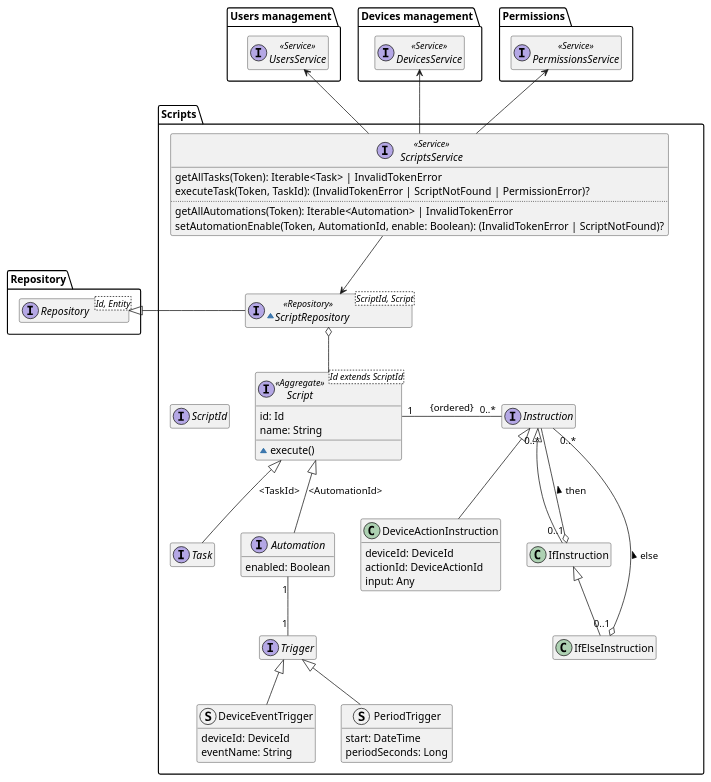
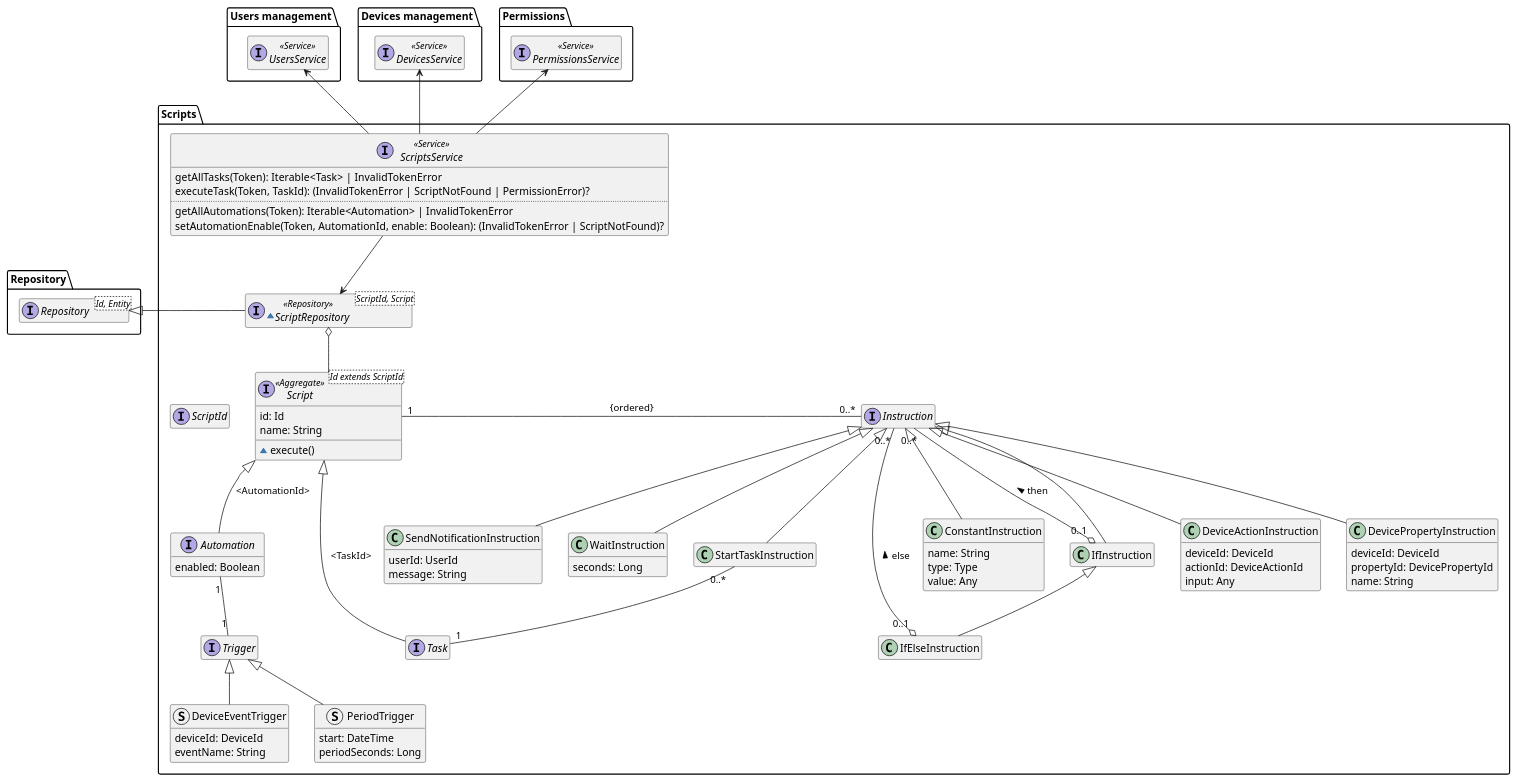
One commit to DomoticASW/.github changed the diagram in diagrams/src/scripts-domain-model.puml. Above: the diagram before and after it, drawn with PlantUML. The commit also changed 3 other files, not shown here.

```diff
--- a/diagrams/src/scripts-domain-model.puml
+++ b/diagrams/src/scripts-domain-model.puml
@@ -1,90 +1,114 @@
 @startuml scripts-domain-model
 
 hide empty members
 package Repository{
     interface Repository<Id, Entity>
 }
 
 package "Users management" as UsersManagement {
     interface UsersService <<Service>>
 }
 
 package "Devices management" as DevicesManagement {
     interface DevicesService <<Service>>
 }
 
 package Permissions {
     interface PermissionsService <<Service>>
 }
 
 package "Scripts" {
 
     interface ScriptId
 
     interface Script<Id extends ScriptId> <<Aggregate>> {
         id: Id
         name: String
         ~execute()
     }
 
     interface Task
     interface Automation {
         enabled: Boolean
     }
 
     interface Trigger
 
     struct DeviceEventTrigger extends Trigger {
         deviceId: DeviceId
         eventName: String
     }
 
     struct PeriodTrigger extends Trigger {
         start: DateTime
         periodSeconds: Long
     }
 
     interface Instruction {
     }
 
     class DeviceActionInstruction extends Instruction {
         deviceId: DeviceId
         actionId: DeviceActionId
         input: Any
     }
 
+    class DevicePropertyInstruction extends Instruction {
+        deviceId: DeviceId
+        propertyId: DevicePropertyId
+        name: String
+    }
+
     class IfInstruction extends Instruction {
         ' TODO: condition
     }
 
     class IfElseInstruction extends IfInstruction {
         ' TODO: condition
+    }
+
+    class SendNotificationInstruction extends Instruction {
+        userId: UserId
+        message: String
+    }
+
+    class WaitInstruction extends Instruction {
+        seconds: Long
+    }
+
+    class StartTaskInstruction extends Instruction
+
+    class ConstantInstruction extends Instruction {
+        name: String
+        type: Type
+        value: Any
     }
 
     ~interface ScriptRepository<ScriptId, Script> <<Repository>> {
     }
     ScriptRepository -l-|> Repository.Repository
     ScriptRepository o-- Script
 
     interface ScriptsService <<Service>> {
         getAllTasks(Token): Iterable<Task> | InvalidTokenError
         executeTask(Token, TaskId): (InvalidTokenError | ScriptNotFound | PermissionError)?
         ..
         getAllAutomations(Token): Iterable<Automation> | InvalidTokenError
         setAutomationEnable(Token, AutomationId, enable: Boolean): (InvalidTokenError | ScriptNotFound)?
     }
 
     Script -l[hidden] ScriptId
     Script <|-- Task : "<TaskId>"
     Script <|-- Automation : "<AutomationId>"
     Automation "1" -- "1" Trigger
     Script "1" -r- "0..*" Instruction : "{ordered}"
     IfInstruction "0..1" o-- "0..*" Instruction : "then >"
     IfElseInstruction "0..1" o-- "0..*" Instruction : "else >"
+    StartTaskInstruction "0..*" -- "1" Task
     ScriptsService --> ScriptRepository
     ScriptsService -u-> Permissions.PermissionsService
     ScriptsService -u-> DevicesManagement.DevicesService
     ScriptsService -u-> UsersManagement.UsersService
 }
 
 @enduml
```
